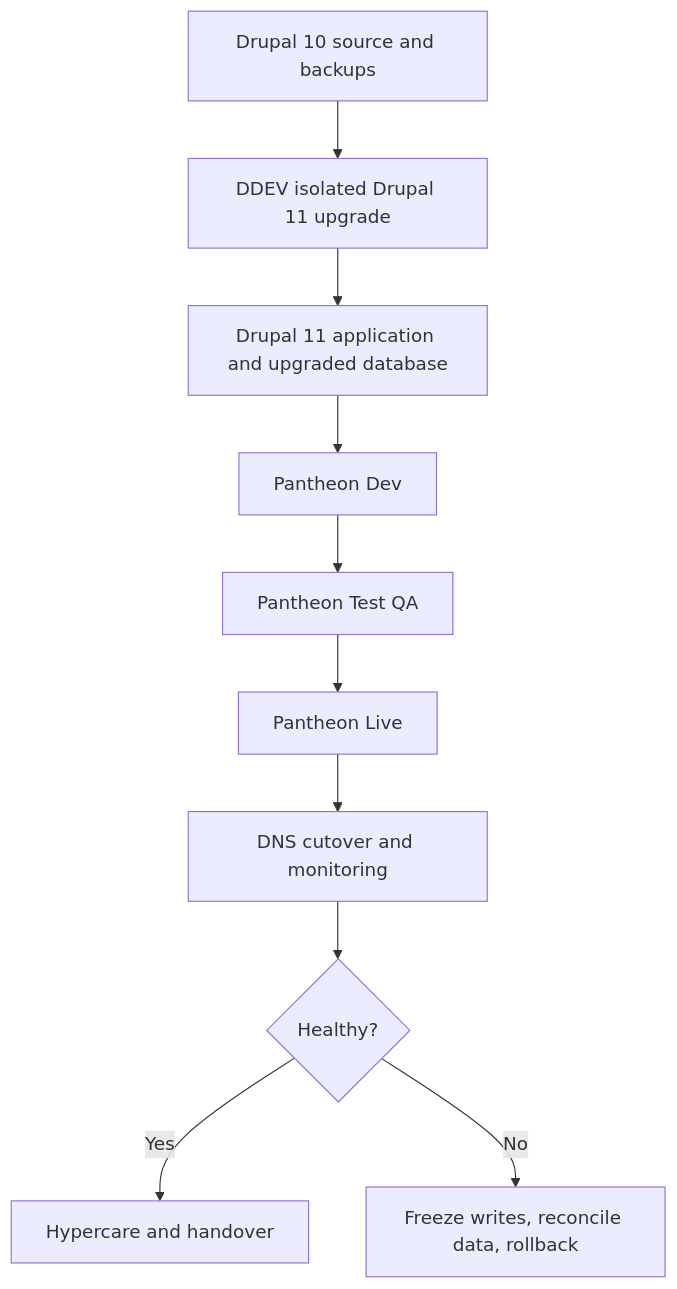
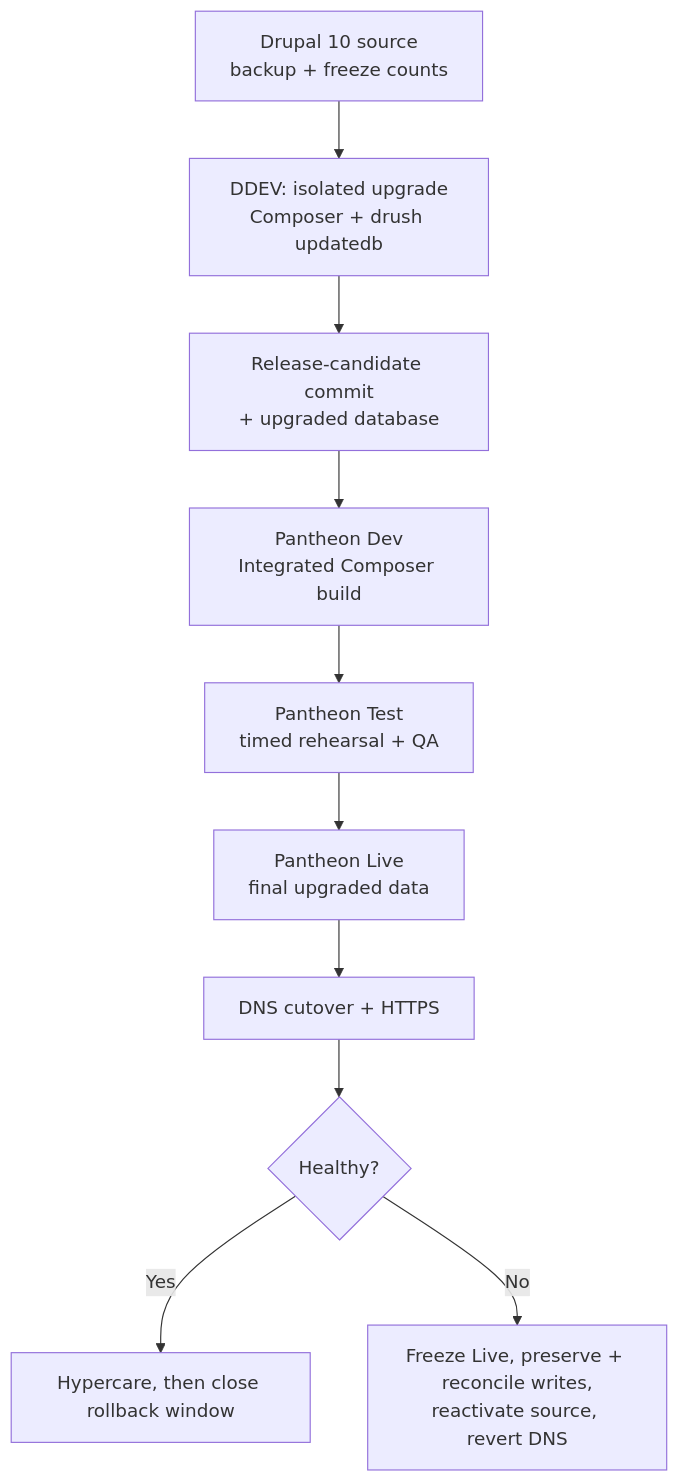
One commit to anisur-rahman/drupal10-to-drupal11-pantheon-migration changed the diagram in README.md. Above: the diagram before and after it, drawn with Mermaid. The commit also changed other lines of this file and 27 other files, not shown here.

````diff
--- a/README.md
+++ b/README.md
@@ -12,12 +13,12 @@
 ```mermaid
 flowchart TD
- A[Drupal 10 source and backups] --> B[DDEV isolated Drupal 11 upgrade]
- B --> C[Drupal 11 application and upgraded database]
- C --> D[Pantheon Dev]
- D --> E[Pantheon Test QA]
- E --> F[Pantheon Live]
- F --> G[DNS cutover and monitoring]
- G --> H{Healthy?}
- H -->|Yes| I[Hypercare and handover]
- H -->|No| J[Freeze writes, reconcile data, rollback]
+  A[Drupal 10 source<br/>backup + freeze counts] --> B[DDEV: isolated upgrade<br/>Composer + drush updatedb]
+  B --> C[Release-candidate commit<br/>+ upgraded database]
+  C --> D[Pantheon Dev<br/>Integrated Composer build]
+  D --> E[Pantheon Test<br/>timed rehearsal + QA]
+  E --> F[Pantheon Live<br/>final upgraded data]
+  F --> G[DNS cutover + HTTPS]
+  G --> H{Healthy?}
+  H -->|Yes| I[Hypercare, then close rollback window]
+  H -->|No| J[Freeze Live, preserve + reconcile writes,<br/>reactivate source, revert DNS]
 ```
````
